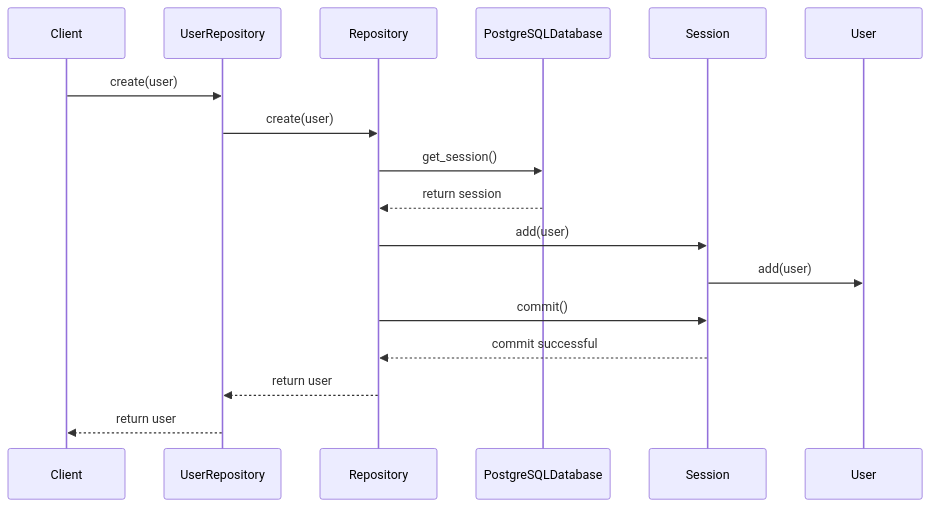
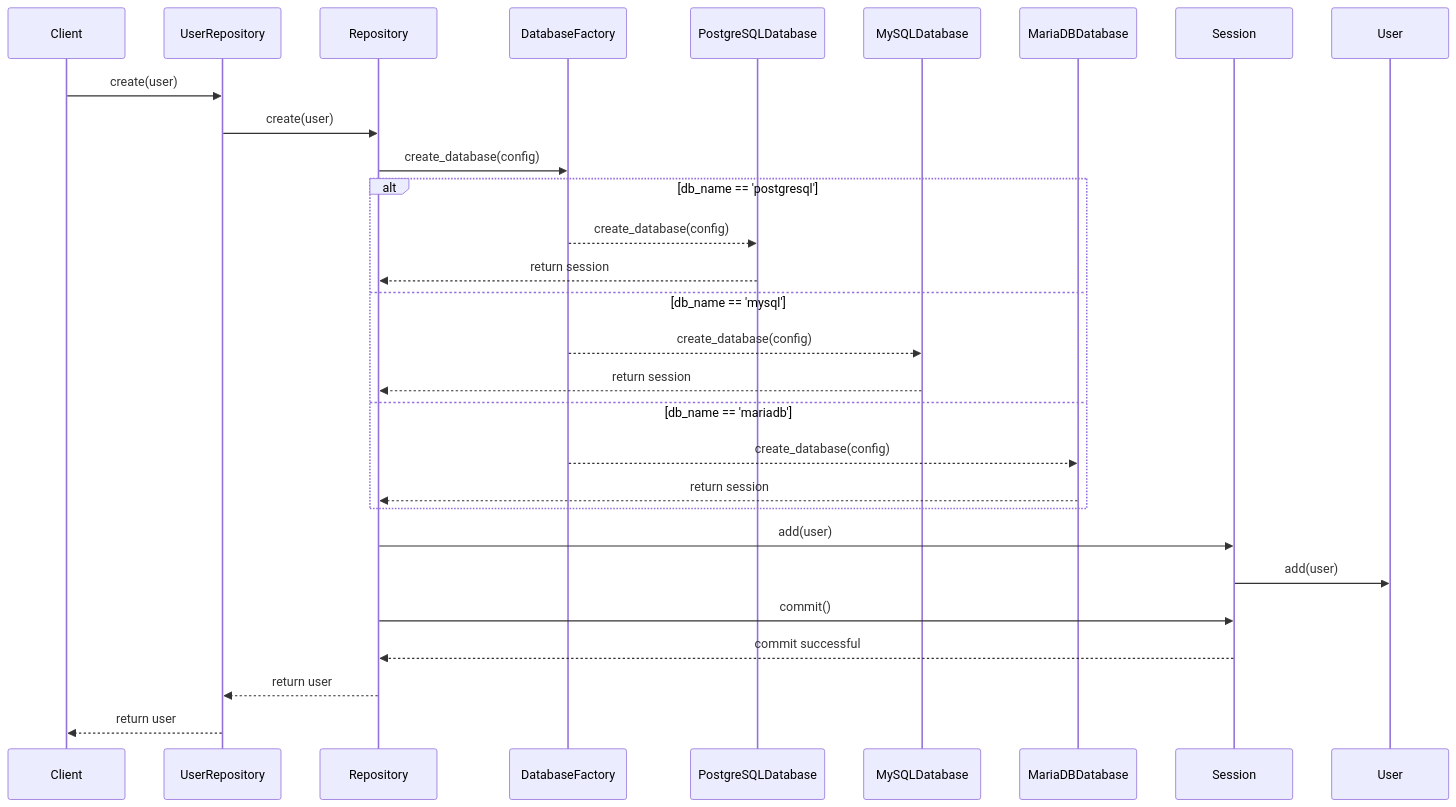
One commit to dellius-alexander/CRUDRepository changed the second of 2 diagrams in README.md. Above: the diagram before and after it, drawn with Mermaid. The commit also changed other lines of this file, not shown here.

````diff
--- a/README.md
+++ b/README.md
@@ -94,20 +111,31 @@
 ```mermaid
 sequenceDiagram
     participant Client
     participant UserRepository
     participant Repository
+    participant DatabaseFactory
     participant PostgreSQLDatabase
+    participant MySQLDatabase
+    participant MariaDBDatabase
     participant Session
     participant User
     Client->>UserRepository: create(user)
     UserRepository->>Repository: create(user)
-    Repository->>PostgreSQLDatabase: get_session()
-    PostgreSQLDatabase-->>Repository: return session
+    Repository->>DatabaseFactory: create_database(config)
+    alt db_name == 'postgresql'
+        DatabaseFactory-->>PostgreSQLDatabase: create_database(config)
+        PostgreSQLDatabase-->>Repository: return session
+    else db_name == 'mysql'
+        DatabaseFactory-->>MySQLDatabase: create_database(config)
+        MySQLDatabase-->>Repository: return session
+    else db_name == 'mariadb'
+        DatabaseFactory-->>MariaDBDatabase: create_database(config)
+        MariaDBDatabase-->>Repository: return session
+    end
     Repository->>Session: add(user)
     Session->>User: add(user)
     Repository->>Session: commit()
     Session-->>Repository: commit successful
     Repository-->>UserRepository: return user
     UserRepository-->>Client: return user
-
 ```
````
